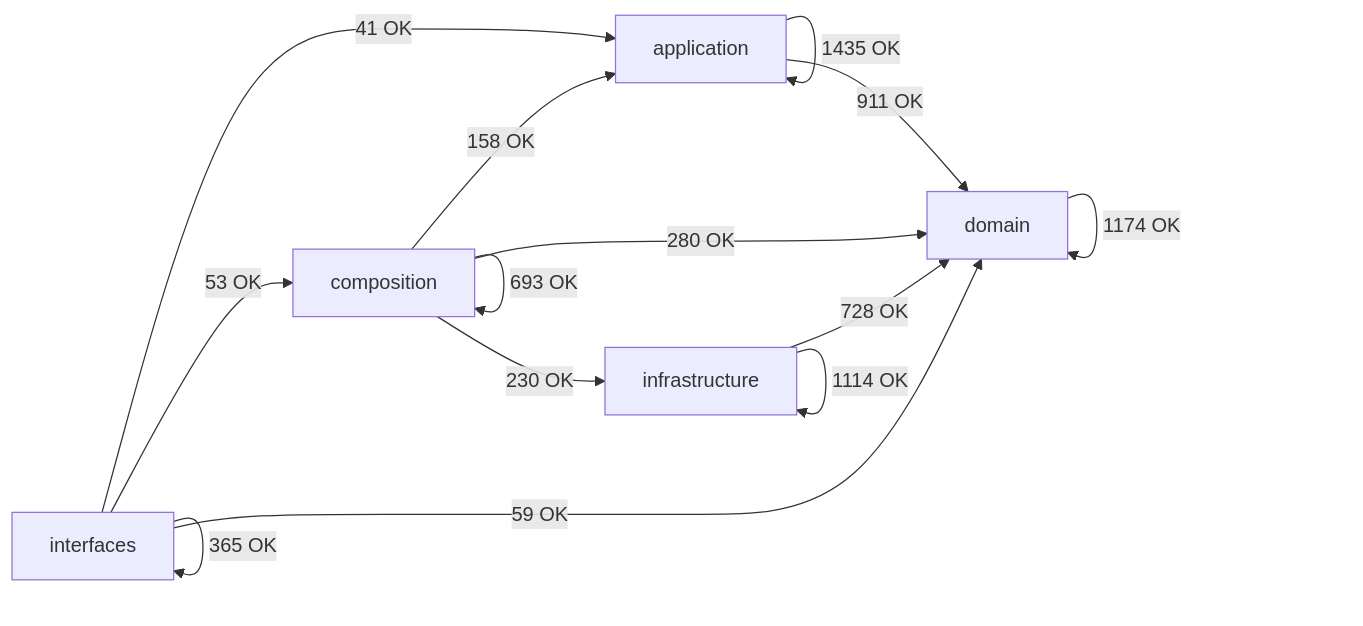
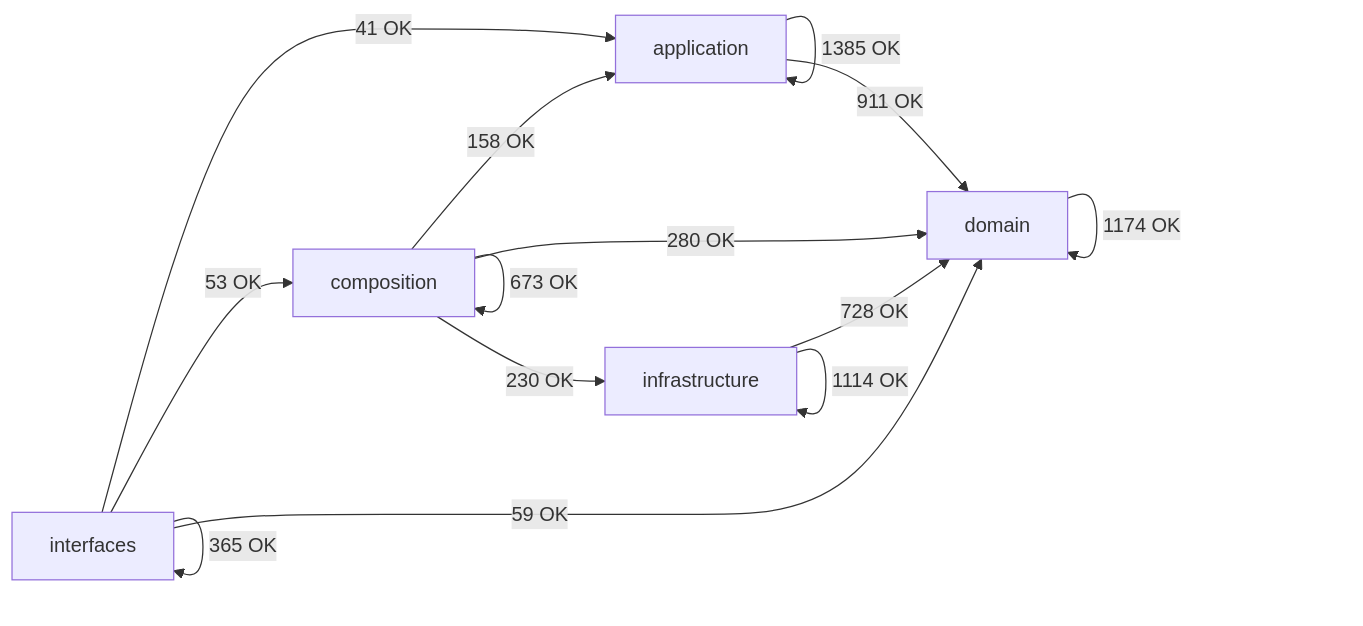
Before and after one commit to SatoryKono/BioactivityDataAcquisition: the diagram in docs/02-architecture/generated/module-dependency-map.md, drawn with Mermaid. The commit also changed other lines of this file and 87 other files, not shown here.

````diff
--- a/docs/02-architecture/generated/module-dependency-map.md
+++ b/docs/02-architecture/generated/module-dependency-map.md
@@ -17,21 +17,21 @@
 ```mermaid
 flowchart LR
     domain[domain]
     application[application]
     infrastructure[infrastructure]
     composition[composition]
     interfaces[interfaces]
-    application -->|1435 OK| application
+    application -->|1385 OK| application
     application -->|911 OK| domain
     composition -->|158 OK| application
-    composition -->|693 OK| composition
+    composition -->|673 OK| composition
     composition -->|280 OK| domain
     composition -->|230 OK| infrastructure
     domain -->|1174 OK| domain
     infrastructure -->|728 OK| domain
     infrastructure -->|1114 OK| infrastructure
     interfaces -->|41 OK| application
     interfaces -->|53 OK| composition
     interfaces -->|59 OK| domain
     interfaces -->|365 OK| interfaces
 ```
````
